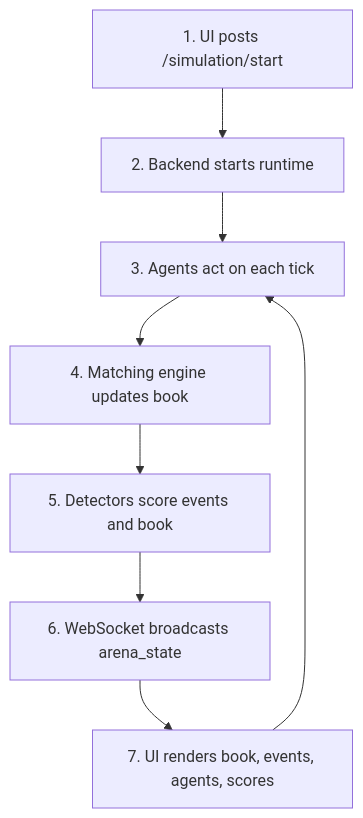
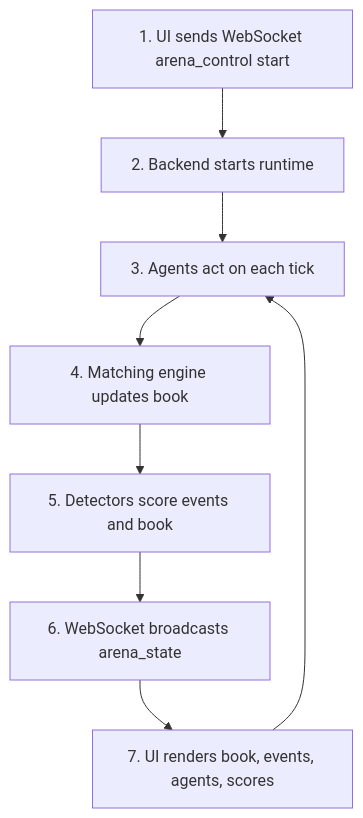
One commit to khab40/aimada changed the second of 4 diagrams in docs/architecture.md. Above: the diagram before and after it, drawn with Mermaid. The commit also changed other lines of this file and 32 other files, not shown here.

````diff
--- a/docs/architecture.md
+++ b/docs/architecture.md
@@ -61,18 +63,18 @@
 ```mermaid
 graph TD
-    Start["1. UI posts /simulation/start"]
+    Start["1. UI sends WebSocket arena_control start"]
     RuntimeStart["2. Backend starts runtime"]
     AgentsStep["3. Agents act on each tick"]
     ExchangeStep["4. Matching engine updates book"]
     DetectorStep["5. Detectors score events and book"]
     BroadcastStep["6. WebSocket broadcasts arena_state"]
     RenderStep["7. UI renders book, events, agents, scores"]
 
     Start --> RuntimeStart
     RuntimeStart --> AgentsStep
     AgentsStep --> ExchangeStep
     ExchangeStep --> DetectorStep
     DetectorStep --> BroadcastStep
     BroadcastStep --> RenderStep
     RenderStep --> AgentsStep
 ```
````
